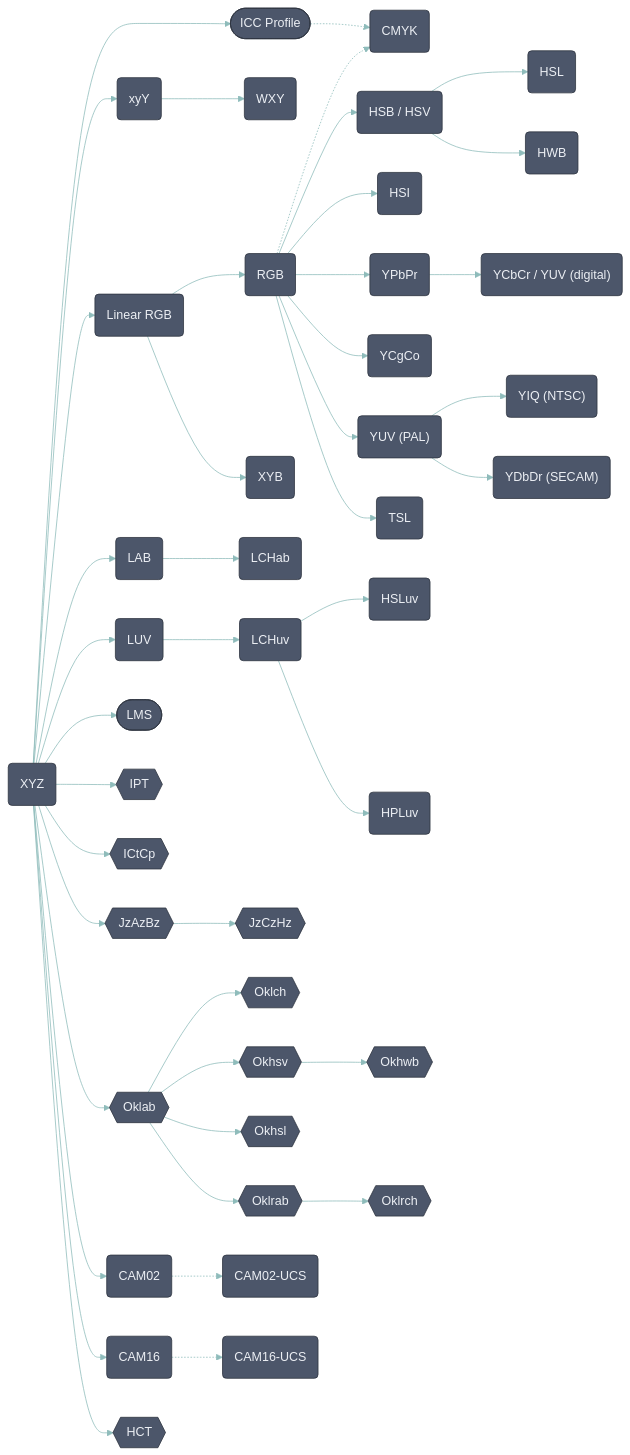
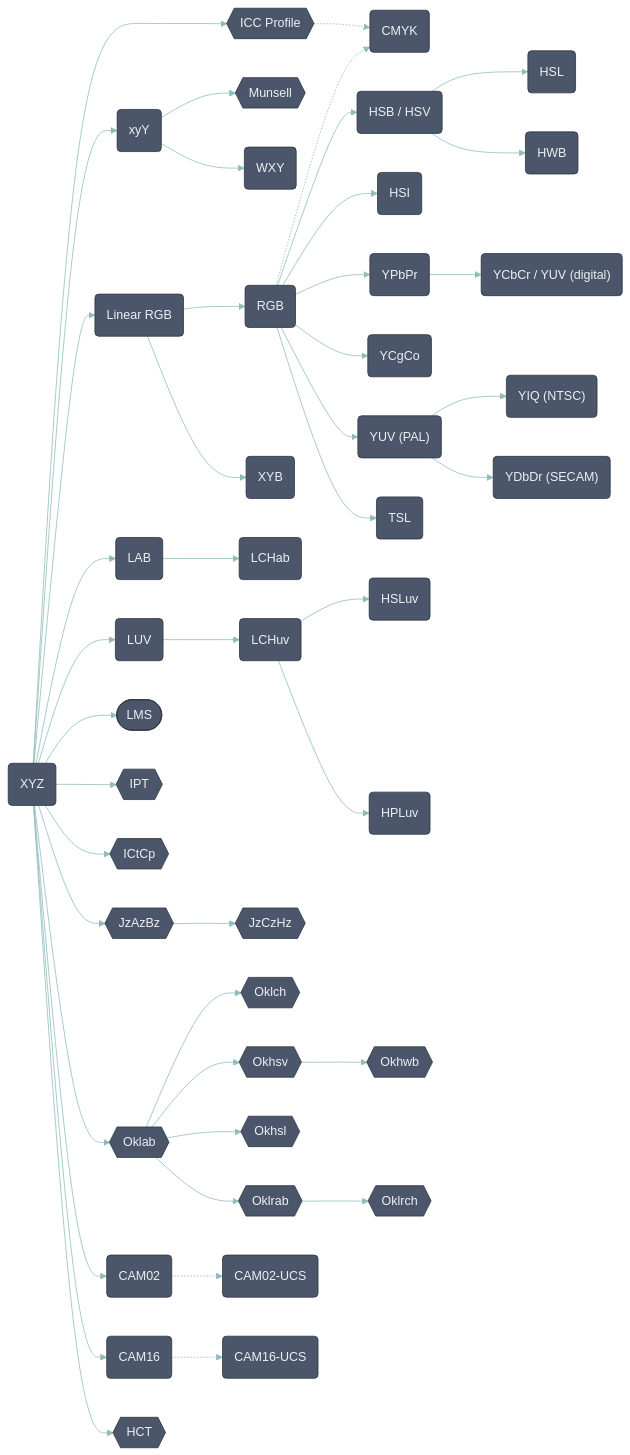
The first of 2 diagrams in Unicolour.Readme/README.md (waacton/Unicolour), drawn with Mermaid before and after one commit. The commit also changed other lines of this file and 88 other files, not shown here.

```diff
--- a/Unicolour.Readme/README.md
+++ b/Unicolour.Readme/README.md
@@ -240,13 +242,15 @@
   CAM16(CAM16)
   CAM16UCS(CAM16-UCS)
   HCT{{HCT}}
-  ICC(["ICC Profile"])
+  Munsell{{Munsell}}
+  ICC{{"ICC Profile"}}
   CMYK("CMYK")
   
   XYZ --> ICC
   ICC -.-> CMYK
   RGB -.-> CMYK
   XYZ --> XYY
+  XYY --> Munsell
   XYY --> WXY
   XYZ --> RGBLIN
   RGBLIN --> RGB
```
